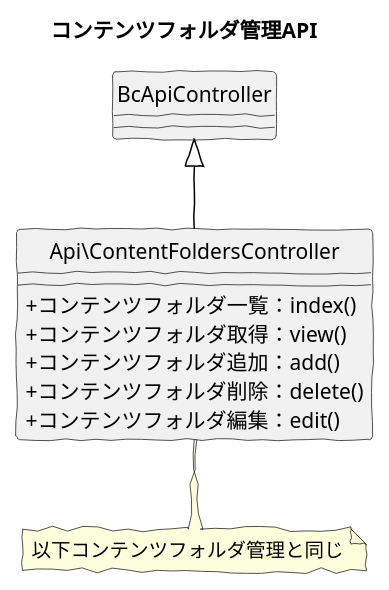
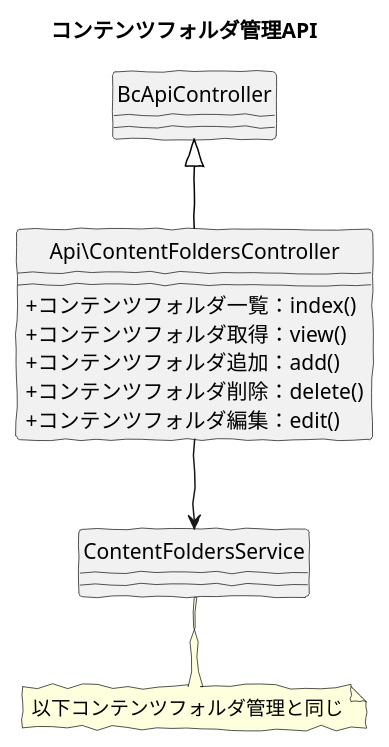
The diagram in src/puml/5/ucmitz/svg/class/api_content_folders.puml (baserproject/baserproject.github.io), drawn with PlantUML before and after one commit. The commit also changed 9 other files, not shown here.

Commit message:
ユーザーグループ管理APIのクラス図を追加

```diff
--- a/src/puml/5/ucmitz/svg/class/api_content_folders.puml
+++ b/src/puml/5/ucmitz/svg/class/api_content_folders.puml
@@ -1,20 +1,21 @@
 @startuml
 skinparam handwritten true
 skinparam backgroundColor white
 hide circle
 skinparam classAttributeIconSize 0
 
 title コンテンツフォルダ管理API
 
 class Api\ContentFoldersController {
     + コンテンツフォルダ一覧：index() 
     + コンテンツフォルダ取得：view() 
     + コンテンツフォルダ追加：add() 
     + コンテンツフォルダ削除：delete() 
     + コンテンツフォルダ編集：edit() 
 }
 
 Api\ContentFoldersController -up[#Black]-|> BcApiController
+Api\ContentFoldersController --> ContentFoldersService
 note "以下コンテンツフォルダ管理と同じ" as contentFolderNote
-Api\ContentFoldersController .. contentFolderNote
+ContentFoldersService .. contentFolderNote
 @enduml
```
